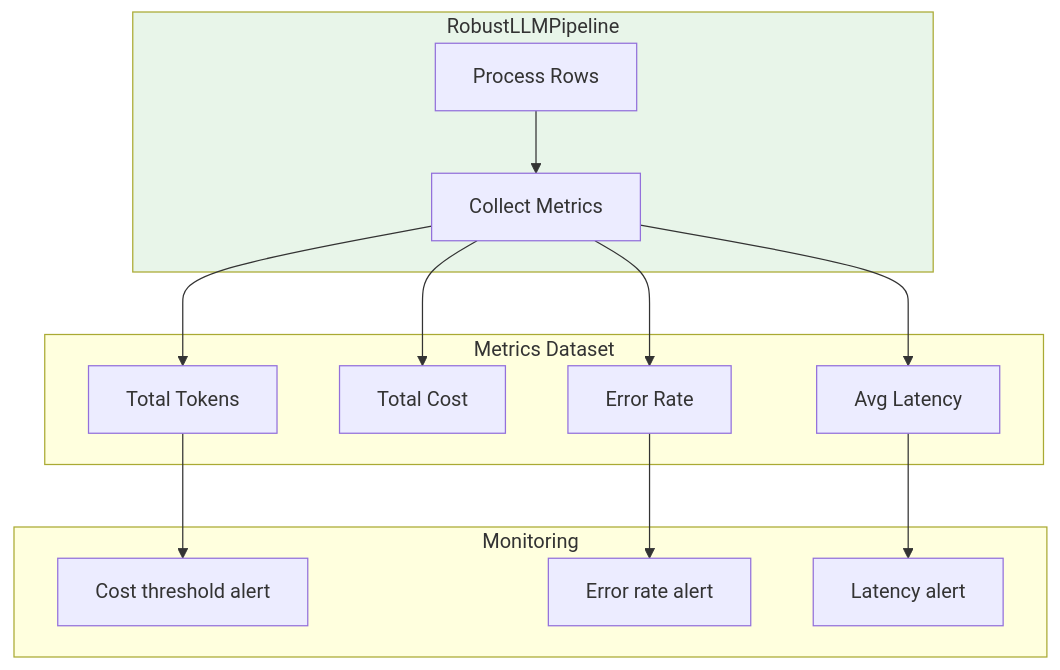
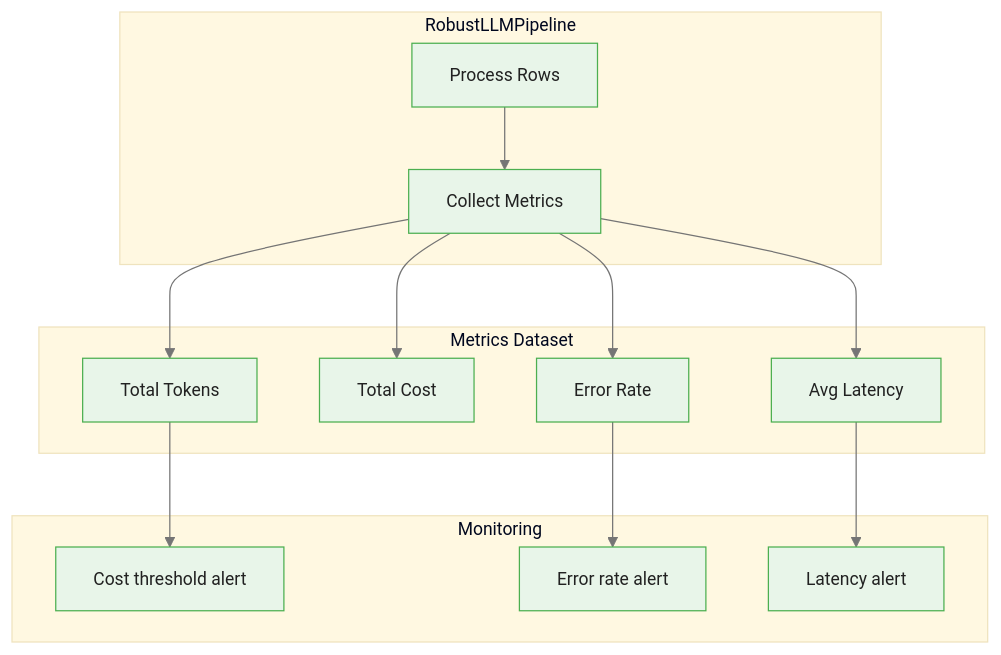
Before and after one commit to m-deane/course-creator: the fifth of 6 diagrams in courses/dataiku-genai/modules/module_03_custom/guides/03_pipeline_integration_slides.md, drawn with Mermaid. The commit also changed other lines of this file and 54 other files, not shown here.

````diff
--- a/courses/dataiku-genai/modules/module_03_custom/guides/03_pipeline_integration_slides.md
+++ b/courses/dataiku-genai/modules/module_03_custom/guides/03_pipeline_integration_slides.md
@@ -334,29 +331,28 @@
 ```mermaid
+%%{init: {"theme": "base", "themeVariables": {"primaryColor": "#e8f5e9", "primaryBorderColor": "#4caf50", "primaryTextColor": "#212121", "secondaryColor": "#e3f2fd", "tertiaryColor": "#fff8e1", "lineColor": "#757575", "fontFamily": "Inter, sans-serif", "fontSize": "14px"}}}%%
 graph TB
     subgraph Pipeline[RobustLLMPipeline]
         PROC[Process Rows] --> MET[Collect Metrics]
     end
 
     subgraph Metrics[Metrics Dataset]
         TOK[Total Tokens]
         COST[Total Cost]
         ERR[Error Rate]
         LAT[Avg Latency]
     end
 
     subgraph Alerts[Monitoring]
         A1[Cost threshold alert]
         A2[Error rate alert]
         A3[Latency alert]
     end
 
     MET --> TOK
     MET --> COST
     MET --> ERR
     MET --> LAT
     TOK --> A1
     ERR --> A2
     LAT --> A3
-
-    style Pipeline fill:#e8f5e9
 ```
````
